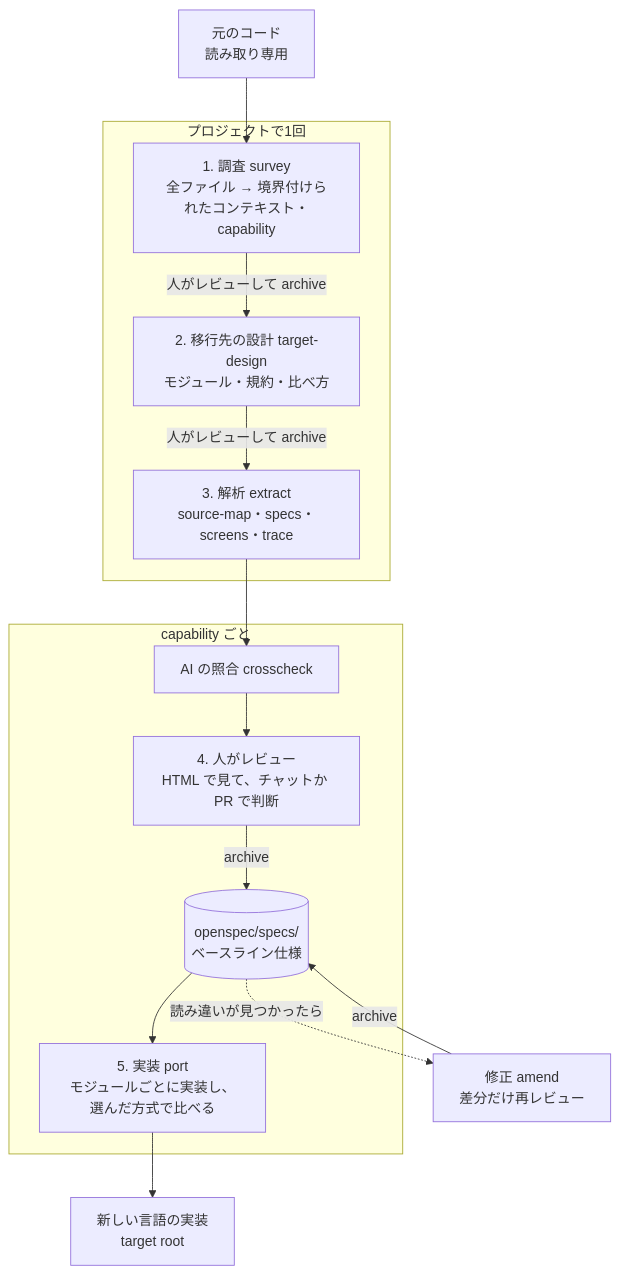
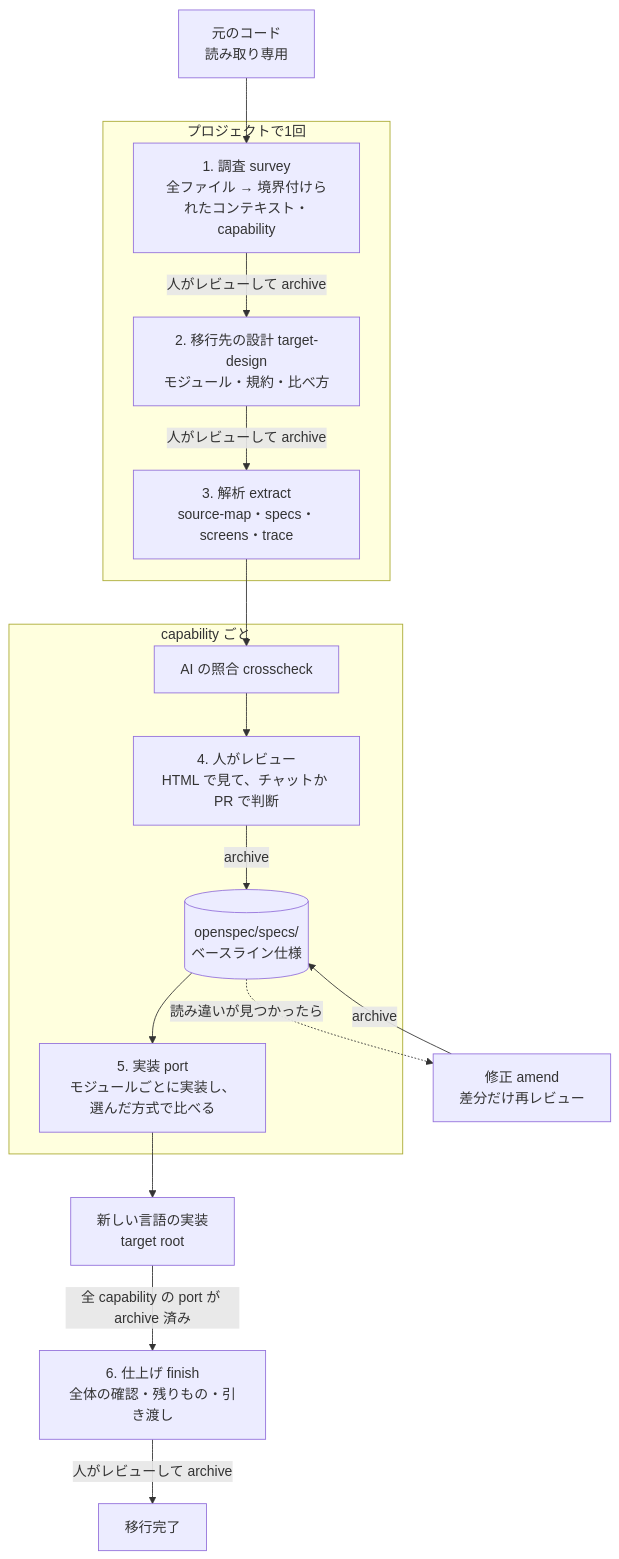
The first of 3 diagrams in docs/WORKFLOW.md (umauma00/spec-relay), drawn with Mermaid before and after one commit. The commit also changed other lines of this file and 23 other files, not shown here.

````diff
--- a/docs/WORKFLOW.md
+++ b/docs/WORKFLOW.md
@@ -7,17 +7,19 @@
 ```mermaid
 flowchart TD
   S[元のコード<br/>読み取り専用] --> SV
   subgraph F[プロジェクトで1回]
     SV[1. 調査 survey<br/>全ファイル → 境界付けられたコンテキスト・capability] -->|人がレビューして archive| TD
     TD[2. 移行先の設計 target-design<br/>モジュール・規約・比べ方] -->|人がレビューして archive| L
   end
   subgraph C[capability ごと]
     L[3. 解析 extract<br/>source-map・specs・screens・trace] --> X[AI の照合 crosscheck]
     X --> R[4. 人がレビュー<br/>HTML で見て、チャットか PR で判断]
     R -->|archive| B[(openspec/specs/<br/>ベースライン仕様)]
     B --> I[5. 実装 port<br/>モジュールごとに実装し、選んだ方式で比べる]
   end
   B -. 読み違いが見つかったら .-> AM[修正 amend<br/>差分だけ再レビュー]
   AM -->|archive| B
   I --> T[新しい言語の実装<br/>target root]
+  T -->|全 capability の port が archive 済み| FN[6. 仕上げ finish<br/>全体の確認・残りもの・引き渡し]
+  FN -->|人がレビューして archive| DONE[移行完了]
 ```
````
